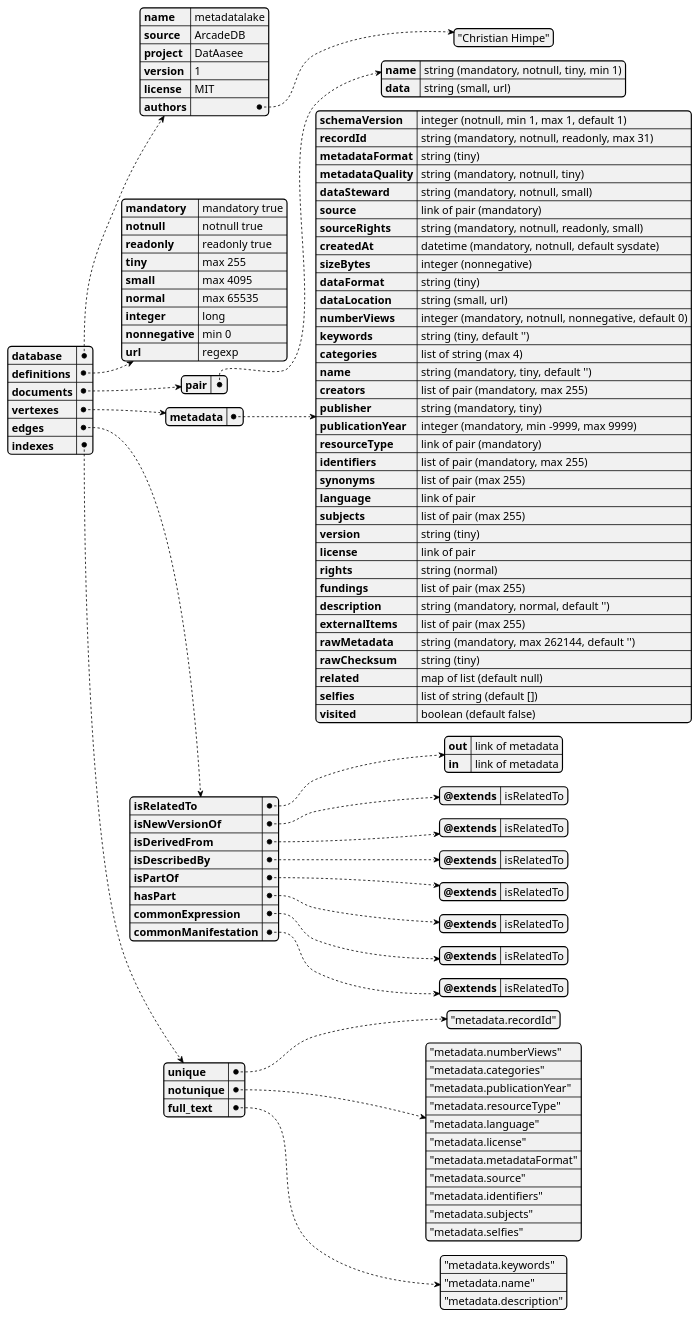
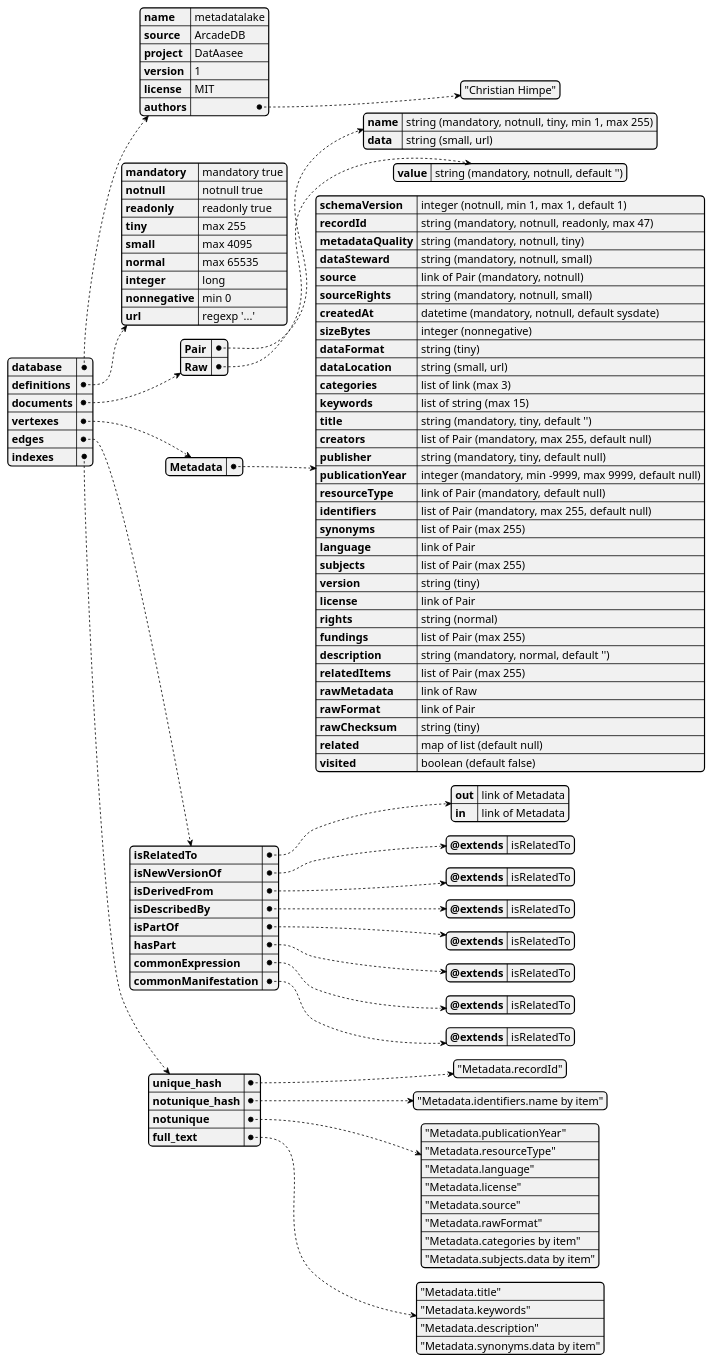
One commit to ulbmuenster/dataasee changed the diagram in docs/schema.md. Above: the diagram before and after it, drawn with PlantUML. The commit also changed 146 other files, not shown here.

````diff
--- a/docs/schema.md
+++ b/docs/schema.md
@@ -19,24 +19,25 @@
   normal: "max 65535"
   integer: "long"
   nonnegative: "min 0"
-  url: "regexp"
+  url: "regexp '...'"
 
 documents:
-  pair:
-    name: "string (mandatory, notnull, tiny, min 1)"
+  Pair:
+    name: "string (mandatory, notnull, tiny, min 1, max 255)"
     data: "string (small, url)"
 
+  Raw:
+    value: "string (mandatory, notnull, default '')"
+
 vertexes:
-  metadata:
-
+  Metadata:
     # Process
     schemaVersion: "integer (notnull, min 1, max 1, default 1)"
-    recordId: "string (mandatory, notnull, readonly, max 31)"
-    metadataFormat: "string (tiny)"
+    recordId: "string (mandatory, notnull, readonly, max 47)"
     metadataQuality: "string (mandatory, notnull, tiny)"
     dataSteward: "string (mandatory, notnull, small)"
-    source: "link of pair (mandatory)"
-    sourceRights: "string (mandatory, notnull, readonly, small)"
+    source: "link of Pair (mandatory, notnull)"
+    sourceRights: "string (mandatory, notnull, small)"
     createdAt: "datetime (mandatory, notnull, default sysdate)"
 
     # Technical
@@ -45,42 +46,41 @@
     dataLocation: "string (small, url)"
 
     # Social
-    numberViews: "integer (mandatory, notnull, nonnegative, default 0)"
-    keywords: "string (tiny, default '')"
-    categories: "list of string (max 4)"
+    categories: "list of link (max 3)"
+    keywords: "list of string (max 15)"
 
     # Descriptive (Mandatory)
-    name: "string (mandatory, tiny, default '')"
-    creators: "list of pair (mandatory, max 255)"
-    publisher: "string (mandatory, tiny)"
-    publicationYear: "integer (mandatory, min -9999, max 9999)"
-    resourceType: "link of pair (mandatory)"
-    identifiers: "list of pair (mandatory, max 255)"
+    title: "string (mandatory, tiny, default '')"
+    creators: "list of Pair (mandatory, max 255, default null)"
+    publisher: "string (mandatory, tiny, default null)"
+    publicationYear: "integer (mandatory, min -9999, max 9999, default null)"
+    resourceType: "link of Pair (mandatory, default null)"
+    identifiers: "list of Pair (mandatory, max 255, default null)"
 
     # Descriptive (Optional)
-    synonyms: "list of pair (max 255)"
-    language: "link of pair"
-    subjects: "list of pair (max 255)"
+    synonyms: "list of Pair (max 255)"
+    language: "link of Pair"
+    subjects: "list of Pair (max 255)"
     version: "string (tiny)"
-    license: "link of pair"
+    license: "link of Pair"
     rights: "string (normal)"
-    fundings: "list of pair (max 255)"
+    fundings: "list of Pair (max 255)"
     description: "string (mandatory, normal, default '')"
-    externalItems: "list of pair (max 255)"
+    relatedItems: "list of Pair (max 255)"
 
     # Raw Metadata
-    rawMetadata: "string (mandatory, max 262144, default '')"
+    rawMetadata: "link of Raw"
+    rawFormat: "link of Pair"
     rawChecksum: "string (tiny)"
 
     # Internal
     related: "map of list (default null)"
-    selfies: "list of string (default [])"
     visited: "boolean (default false)"
 
 edges:
   isRelatedTo:
-    out: "link of metadata"
-    in: "link of metadata"
+    out: "link of Metadata"
+    in: "link of Metadata"
 
   isNewVersionOf:
     @extends: "isRelatedTo"
@@ -104,26 +104,27 @@
     @extends: "isRelatedTo"
 
 indexes:
-  unique:
-    - "metadata.recordId"
+  unique_hash:
+    - "Metadata.recordId"
+
+  notunique_hash:
+    - "Metadata.identifiers.name by item"
 
   notunique:
-    - "metadata.numberViews"
-    - "metadata.categories"
-    - "metadata.publicationYear"
-    - "metadata.resourceType"
-    - "metadata.language"
-    - "metadata.license"
-    - "metadata.metadataFormat"
-    - "metadata.source"
-    - "metadata.identifiers"
-    - "metadata.subjects"
-    - "metadata.selfies"
+    - "Metadata.publicationYear"
+    - "Metadata.resourceType"
+    - "Metadata.language"
+    - "Metadata.license"
+    - "Metadata.source"
+    - "Metadata.rawFormat"
+    - "Metadata.categories by item"
+    - "Metadata.subjects.data by item"
 
   full_text:
-    - "metadata.keywords"
-    - "metadata.name"
-    - "metadata.description"
+    - "Metadata.title"
+    - "Metadata.keywords"
+    - "Metadata.description"
+    - "Metadata.synonyms.data by item"
 
 @endyaml
 ```
````
